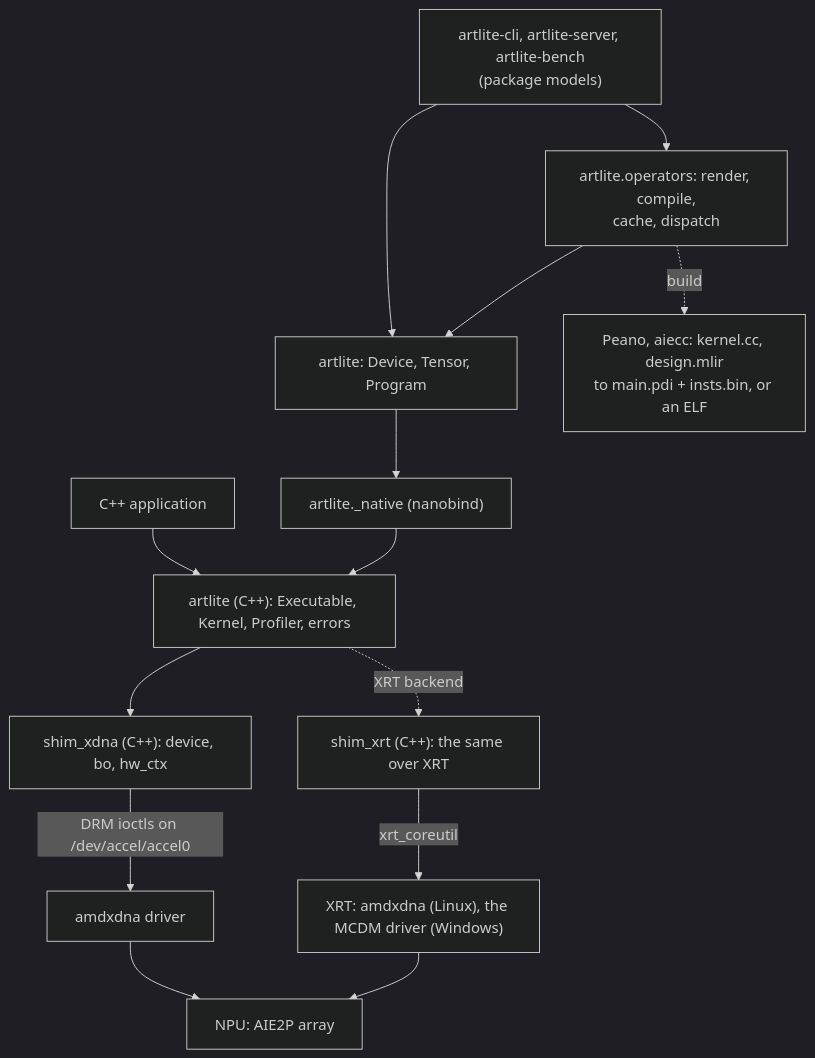
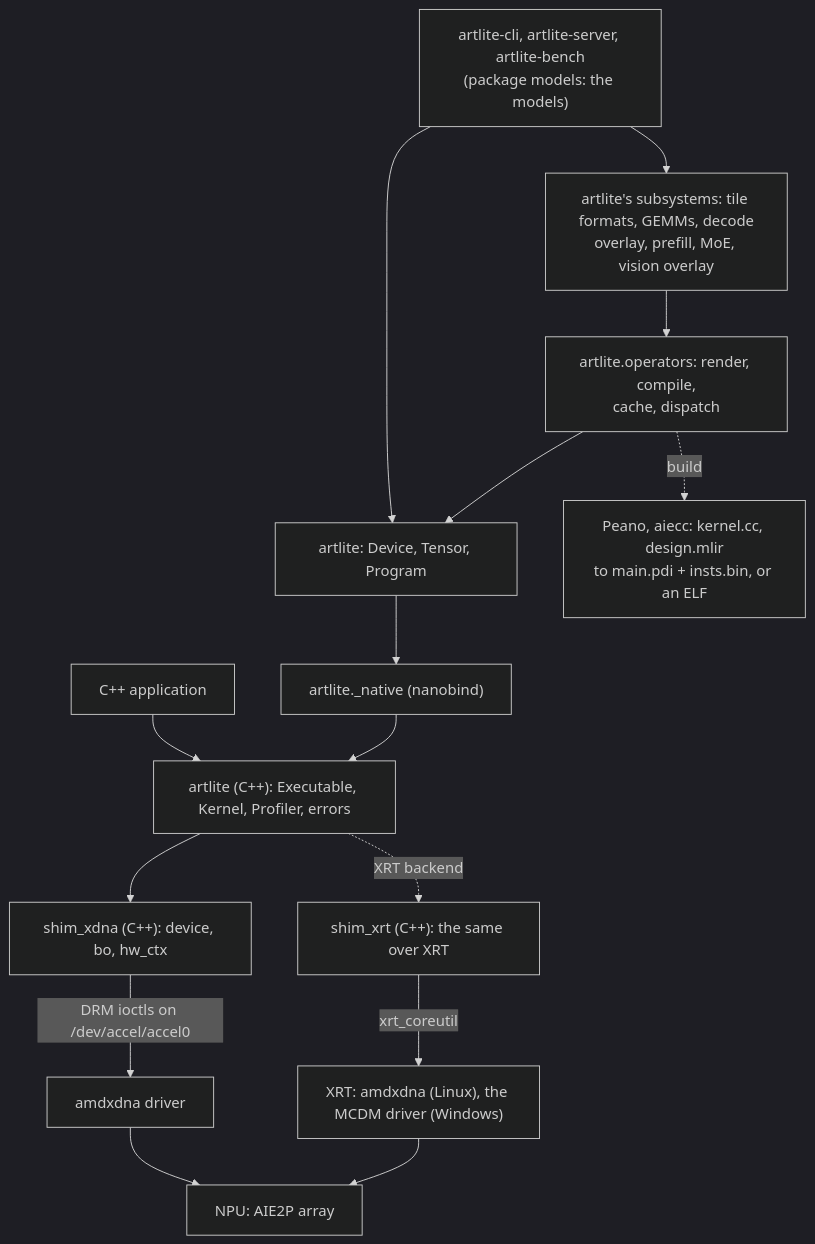
Before and after one commit to artlite-project/artlite: the diagram in docs/design.md, drawn with Mermaid (dark theme). The commit also changed other lines of this file and 371 other files, not shown here.

````diff
--- a/docs/design.md
+++ b/docs/design.md
@@ -19,14 +21,15 @@
 ```mermaid
 flowchart TB
-    tools["artlite-cli, artlite-server, artlite-bench<br>(package models)"] --> ops
+    tools["artlite-cli, artlite-server, artlite-bench<br>(package models: the models)"] --> sub
     tools --> py
+    sub["artlite's subsystems: tile formats, GEMMs, decode<br>overlay, prefill, MoE, vision overlay"] --> ops
     ops["artlite.operators: render, compile,<br>cache, dispatch"] --> py
     ops -.->|build| tc["Peano, aiecc: kernel.cc, design.mlir<br>to main.pdi + insts.bin, or an ELF"]
     py["artlite: Device, Tensor, Program"] --> nat["artlite._native (nanobind)"]
     capp["C++ application"] --> cpp
     nat --> cpp["artlite (C++): Executable, Kernel, Profiler, errors"]
     cpp --> shim["shim_xdna (C++): device, bo, hw_ctx"]
     shim -->|"DRM ioctls on /dev/accel/accel0"| drv["amdxdna driver"] --> npu["NPU: AIE2P array"]
     cpp -.->|"XRT backend"| xshim["shim_xrt (C++): the same over XRT"]
     xshim -->|"xrt_coreutil"| xrt["XRT: amdxdna (Linux), the MCDM driver (Windows)"] --> npu
 ```
````
